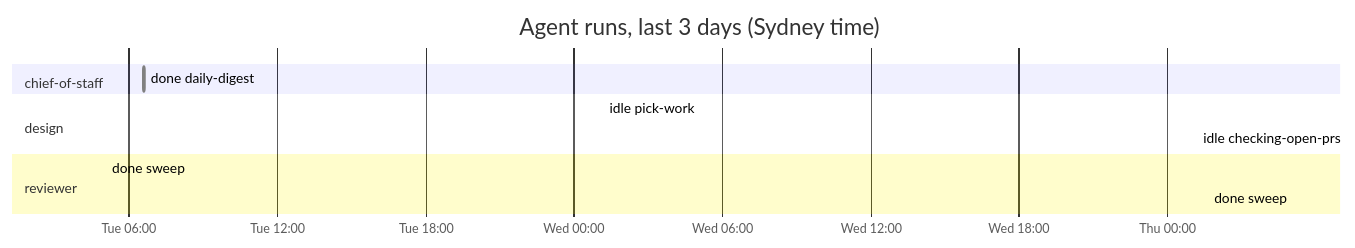
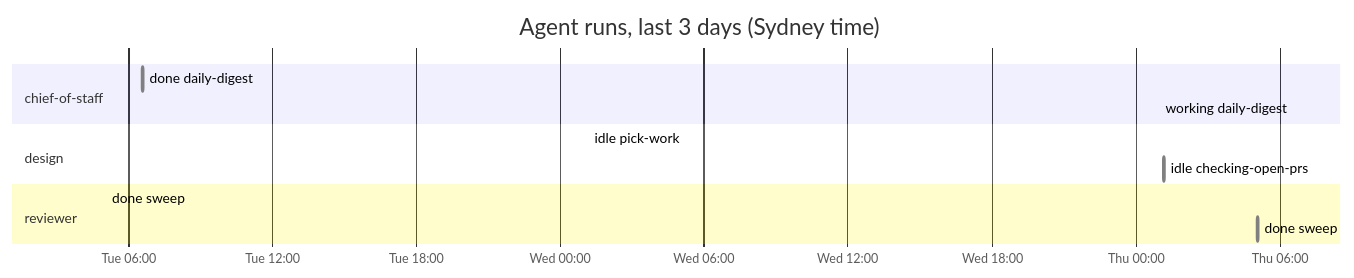
Before and after one commit to roulmediateam-byte/fifteen-expert-hq: the diagram in dashboard.md, drawn with Mermaid. The commit also changed other lines of this file and 1 other file, not shown here.

````diff
--- a/dashboard.md
+++ b/dashboard.md
@@ -37,14 +37,15 @@
 ```mermaid
 gantt
     title Agent runs, last 3 days (Sydney time)
     dateFormat YYYY-MM-DD HH:mm
     axisFormat %a %H:%M
     section chief-of-staff
     done daily-digest :done, 2026-11-10 06:35, 2026-11-10 06:37
+    working daily-digest :active, 2026-11-12 06:35, 2026-11-12 06:35
     section design
     idle pick-work :done, 2026-11-11 01:12, 2026-11-11 01:12
     idle checking-open-prs :done, 2026-11-12 01:11, 2026-11-12 01:12
     section reviewer
     done sweep :done, 2026-11-10 05:04, 2026-11-10 05:05
     done sweep :done, 2026-11-12 05:05, 2026-11-12 05:06
 ```
````
